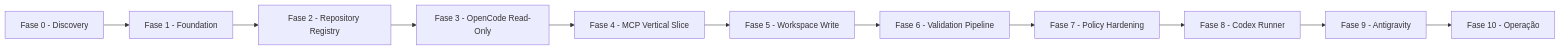
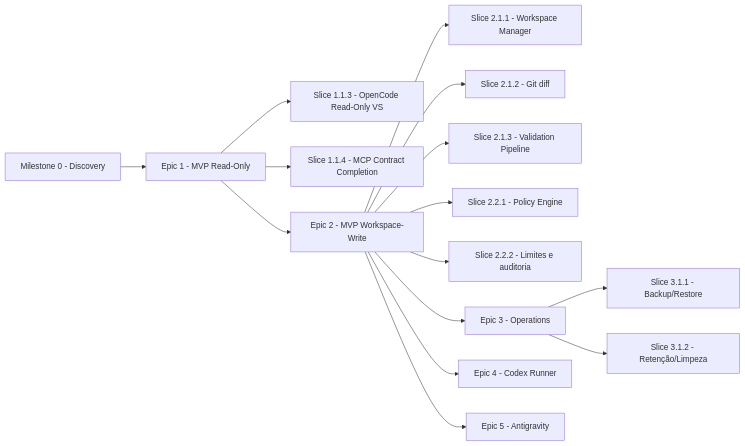
Before and after one commit to vitorvaf/odysseus-coding-agent-bridge: the diagram in docs/planning/roadmap.md, drawn with Mermaid. The commit also changed other lines of this file and 30 other files, not shown here.

````diff
--- a/docs/planning/roadmap.md
+++ b/docs/planning/roadmap.md
@@ -173,13 +229,17 @@
 ```mermaid
 flowchart LR
-    P0[Fase 0 - Discovery] --> P1[Fase 1 - Foundation]
-    P1 --> P2[Fase 2 - Repository Registry]
-    P2 --> P3[Fase 3 - OpenCode Read-Only]
-    P3 --> P4[Fase 4 - MCP Vertical Slice]
-    P4 --> P5[Fase 5 - Workspace Write]
-    P5 --> P6[Fase 6 - Validation Pipeline]
-    P6 --> P7[Fase 7 - Policy Hardening]
-    P7 --> P8[Fase 8 - Codex Runner]
-    P8 --> P9[Fase 9 - Antigravity]
-    P9 --> P10[Fase 10 - Operação]
+    M0[Milestone 0 - Discovery] --> E1[Epic 1 - MVP Read-Only]
+    E1 --> E1S113[Slice 1.1.3 - OpenCode Read-Only VS]
+    E1 --> E1S114[Slice 1.1.4 - MCP Contract Completion]
+    E1 --> E2[Epic 2 - MVP Workspace-Write]
+    E2 --> E2S211[Slice 2.1.1 - Workspace Manager]
+    E2 --> E2S212[Slice 2.1.2 - Git diff]
+    E2 --> E2S213[Slice 2.1.3 - Validation Pipeline]
+    E2 --> E2S221[Slice 2.2.1 - Policy Engine]
+    E2 --> E2S222[Slice 2.2.2 - Limites e auditoria]
+    E2 --> E3[Epic 3 - Operations]
+    E3 --> E3S311[Slice 3.1.1 - Backup/Restore]
+    E3 --> E3S312[Slice 3.1.2 - Retenção/Limpeza]
+    E2 --> E4[Epic 4 - Codex Runner]
+    E2 --> E5[Epic 5 - Antigravity]
 ```
````
